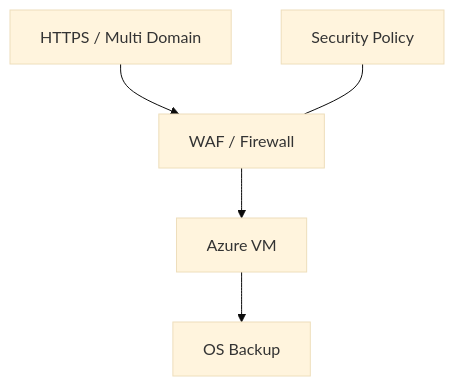
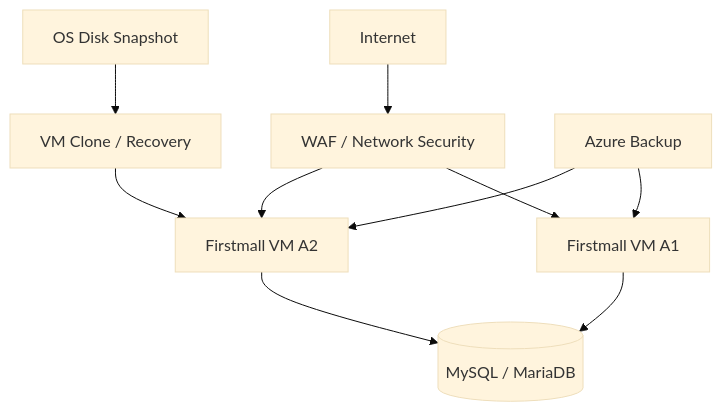
The second of 4 diagrams in content/03_PROJECTS/2023-milvus-azure-infra.md (min-ser/min-ser.github.io), drawn with Mermaid (base theme) before and after one commit. The commit also changed other lines of this file and 7 other files, not shown here.

````diff
--- a/content/03_PROJECTS/2023-milvus-azure-infra.md
+++ b/content/03_PROJECTS/2023-milvus-azure-infra.md
@@ -16,7 +51,12 @@
 ```mermaid
 flowchart TB
- NET[WAF / Firewall] --> VM[Azure VM]
- CERT[HTTPS / Multi Domain] --> NET
- VM --> B[OS Backup]
- SEC[Security Policy] --- NET
+    INTERNET[Internet] --> WAF[WAF / Network Security]
+    WAF --> VM1[Firstmall VM A1]
+    WAF --> VM2[Firstmall VM A2]
+    VM1 --> DB[(MySQL / MariaDB)]
+    VM2 --> DB
+    SNAP[OS Disk Snapshot] --> CLONE[VM Clone / Recovery]
+    CLONE --> VM2
+    BACKUP[Azure Backup] --> VM1
+    BACKUP --> VM2
 ```
````
